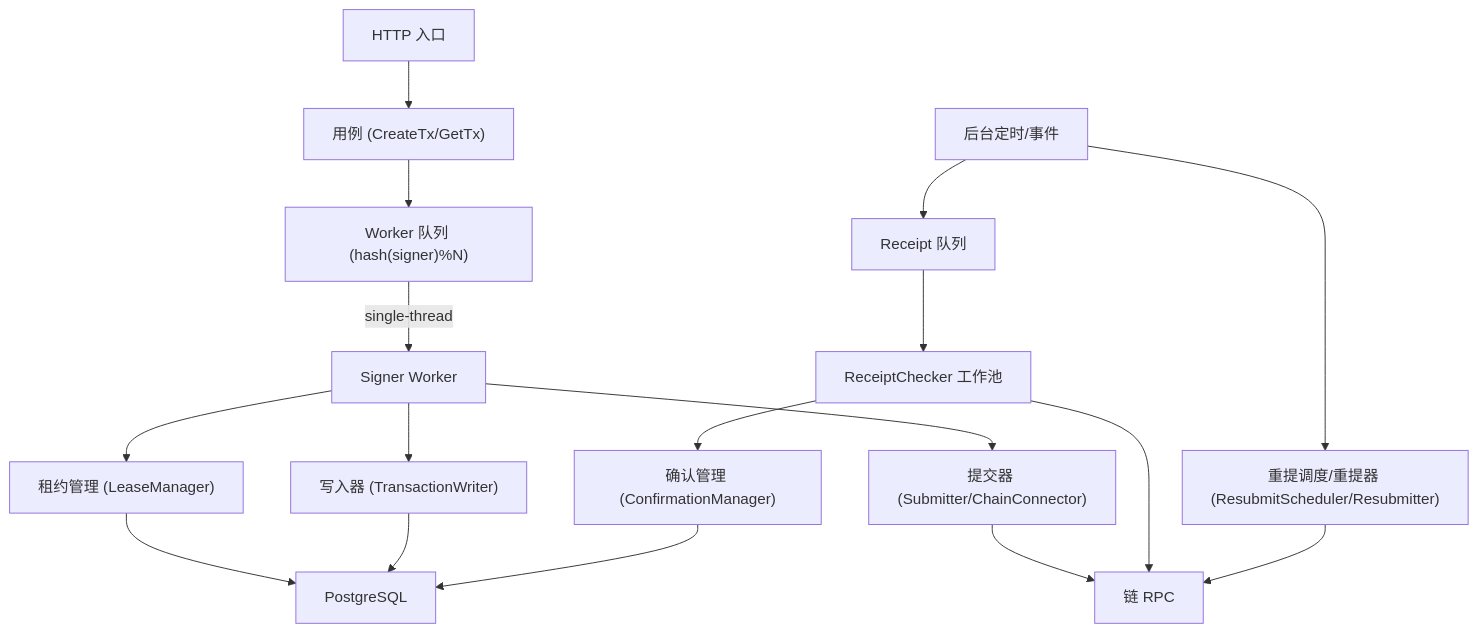
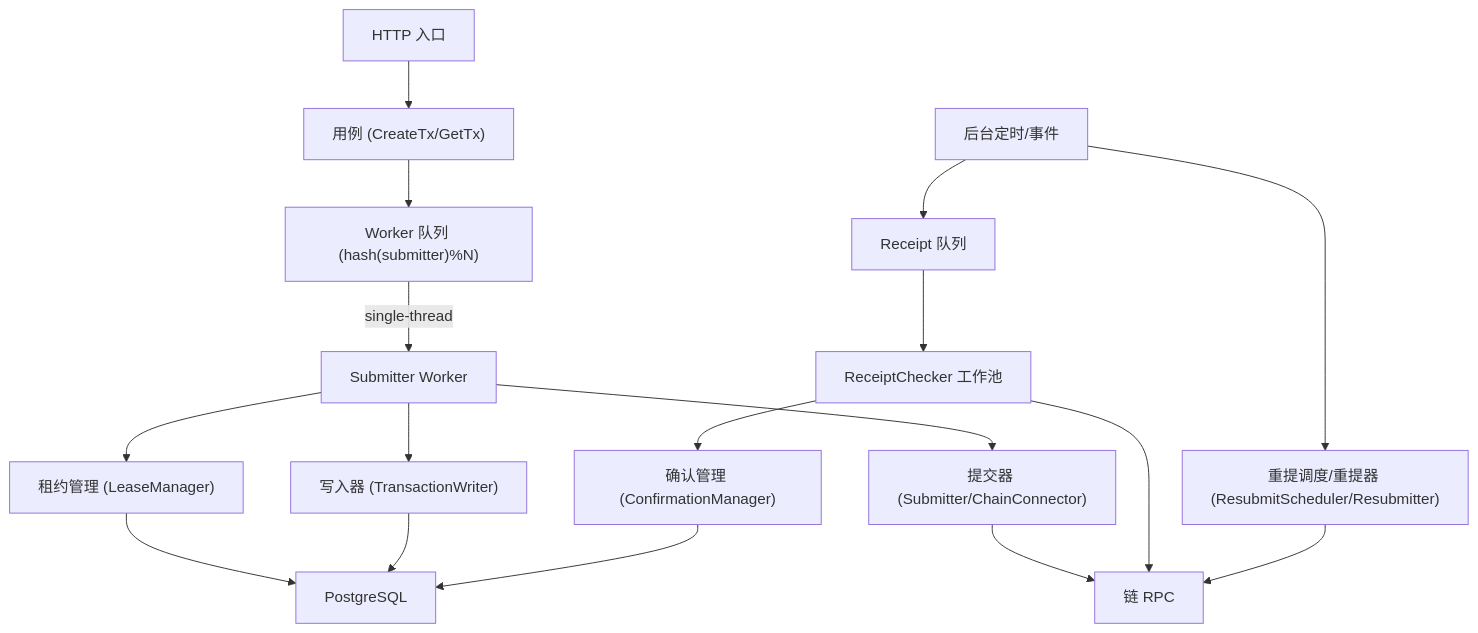
The second of 9 diagrams in 方案1111.md (cedardinh/nonce-demo), drawn with Mermaid before and after one commit. The commit also changed other lines of this file and 63 other files, not shown here.

````diff
--- a/方案1111.md
+++ b/方案1111.md
@@ -99,22 +99,22 @@
 ```mermaid
 flowchart TD
   In["HTTP 入口"] --> UC["用例 (CreateTx/GetTx)"]
-  UC --> WQ["Worker 队列 (hash(signer)%N)"]
-  WQ -->|single-thread| W["Signer Worker"]
+  UC --> WQ["Worker 队列 (hash(submitter)%N)"]
+  WQ -->|single-thread| W["Submitter Worker"]
 
   W --> LM["租约管理 (LeaseManager)"]
   W --> TW["写入器 (TransactionWriter)"]
   W --> SUB["提交器 (Submitter/ChainConnector)"]
 
   BG["后台定时/事件"] --> RCQ["Receipt 队列"]
   RCQ --> RC["ReceiptChecker 工作池"]
   RC --> CM["确认管理 (ConfirmationManager)"]
   BG --> RS["重提调度/重提器 (ResubmitScheduler/Resubmitter)"]
 
   LM --> PG["PostgreSQL"]
   TW --> PG
   CM --> PG
   SUB --> RPC["链 RPC"]
   RC --> RPC
   RS --> RPC
 ```
````
